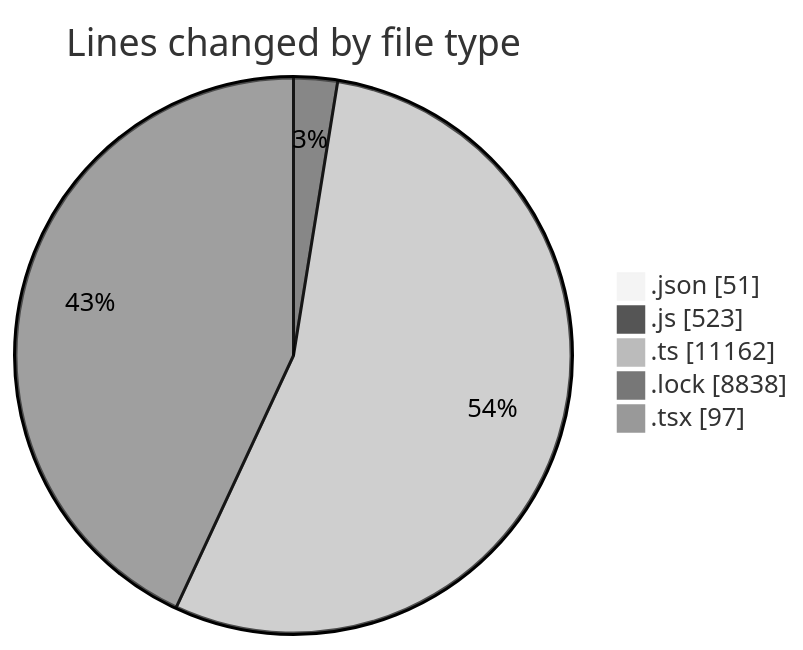
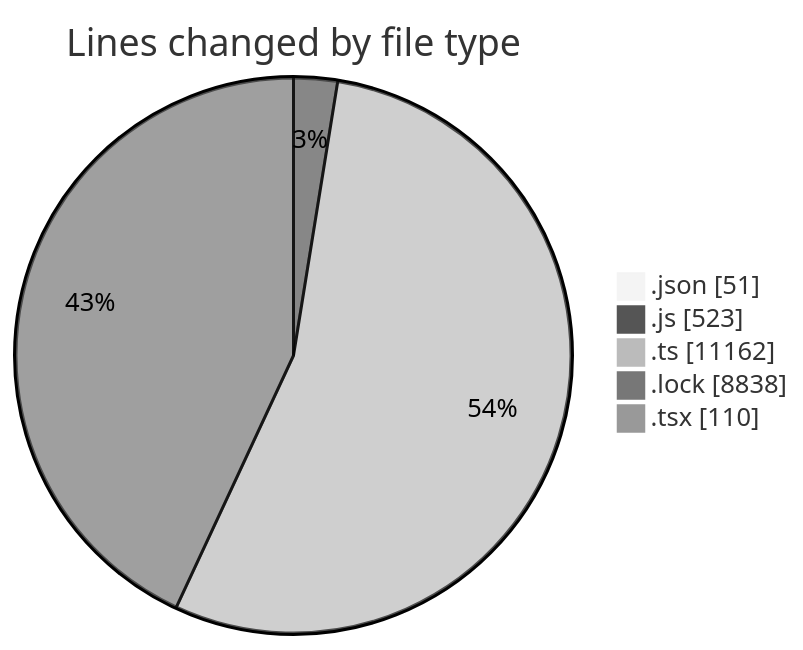
Before and after one commit to momahboobian/code-tracking: the first of 2 diagrams in 2025-10-08/cda/README.md, drawn with Mermaid (neutral theme). The commit also changed other lines of this file and 1 other file, not shown here.

````diff
--- a/2025-10-08/cda/README.md
+++ b/2025-10-08/cda/README.md
@@ -32,9 +32,9 @@
 ```mermaid
 pie showData
 title Lines changed by file type
 ".json" : 51
 ".js" : 523
 ".ts" : 11162
 ".lock" : 8838
-".tsx" : 97
+".tsx" : 110
 ```
````
